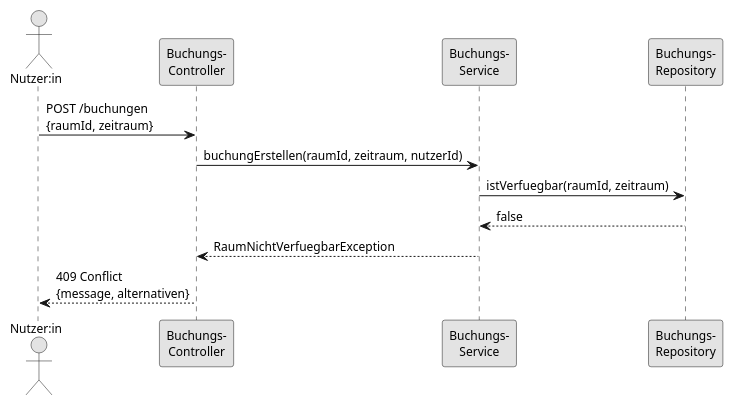
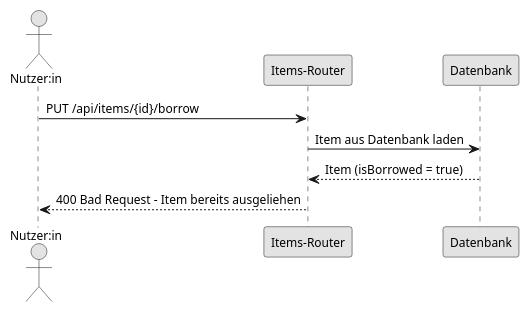
The fourth of 5 diagrams in docs/technical/design.adoc (GWMDS/LeihListe), drawn with PlantUML before and after one commit. The commit also changed other lines of this file, not shown here.

Commit message:
docs(design): add sequence diagrams for borrow item workflow

```diff
--- a/docs/technical/design.adoc
+++ b/docs/technical/design.adoc
@@ -198,20 +191,17 @@
-[plantuml, sequence-conflict, svg]
+[plantuml, sequence-borrow-conflict, svg]
 ....
 @startuml
 skinparam monochrome true
 skinparam defaultFontSize 12
 
 actor "Nutzer:in" as user
-participant "Buchungs-\nController" as ctrl
-participant "Buchungs-\nService" as svc
-participant "Buchungs-\nRepository" as repo
+participant "Items-Router" as router
+participant "Datenbank" as db
 
-user -> ctrl : POST /buchungen\n{raumId, zeitraum}
-ctrl -> svc : buchungErstellen(raumId, zeitraum, nutzerId)
-svc -> repo : istVerfuegbar(raumId, zeitraum)
-repo --> svc : false
-svc --> ctrl : RaumNichtVerfuegbarException
-ctrl --> user : 409 Conflict\n{message, alternativen}
+user -> router : PUT /api/items/{id}/borrow
+router -> db : Item aus Datenbank laden
+db --> router : Item (isBorrowed = true)
+router --> user : 400 Bad Request – Item bereits ausgeliehen
 
 @enduml
 ....
```
